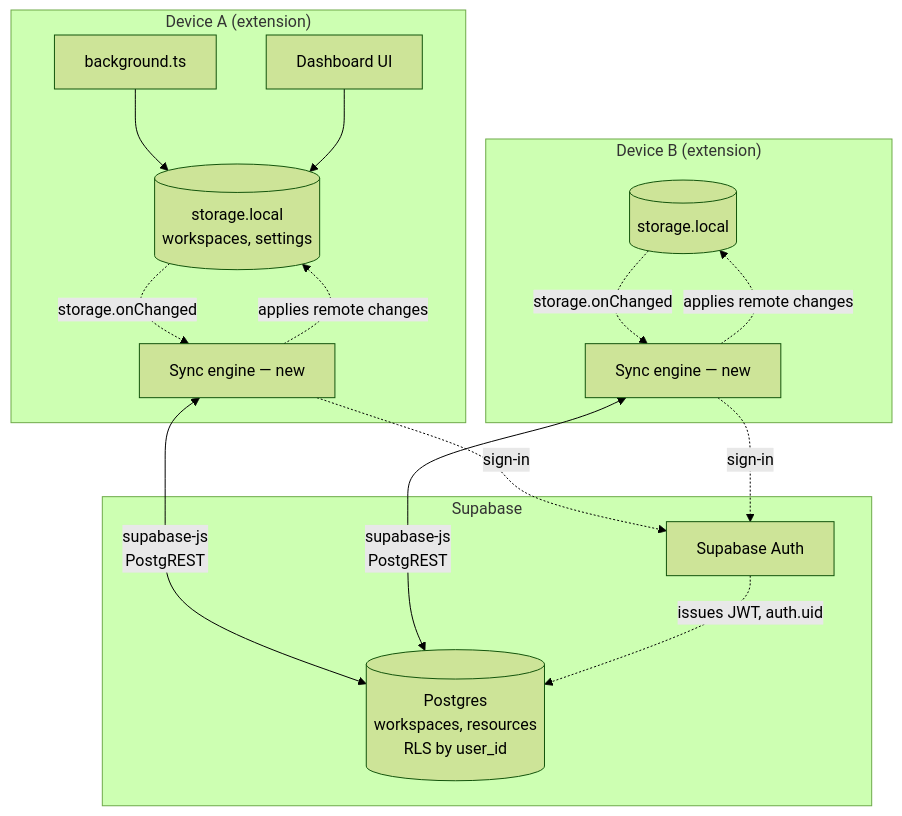
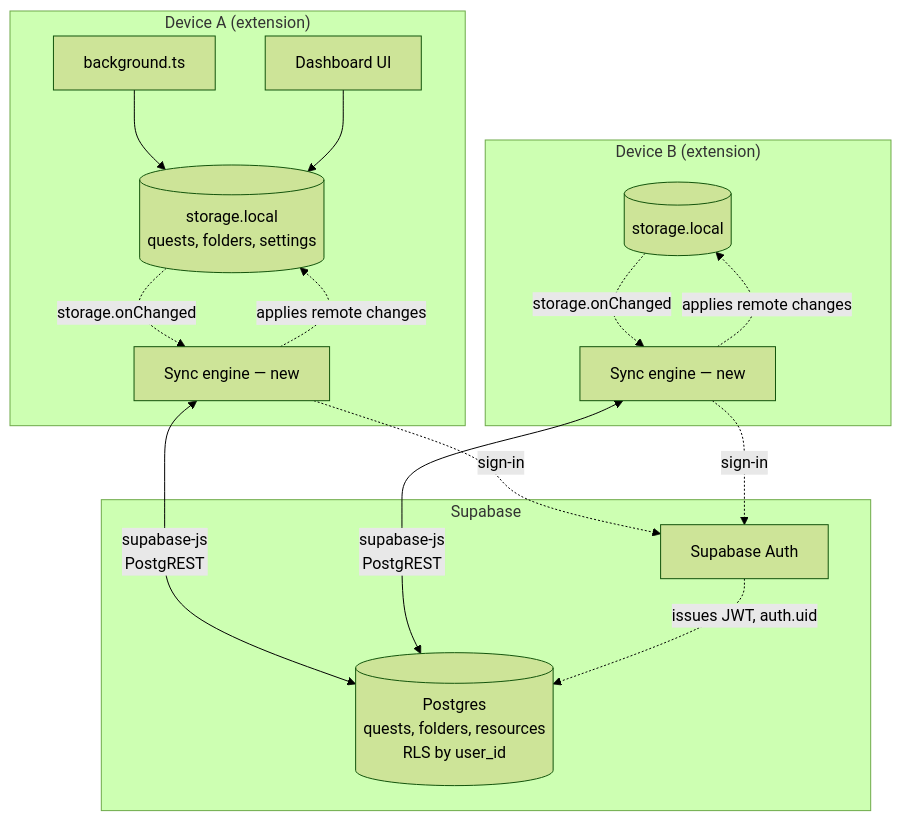
The first of 8 diagrams in docs/architecture-sync.md (enyhma/cntxt), drawn with Mermaid (forest theme) before and after one commit. The commit also changed other lines of this file and 9 other files, not shown here.

````diff
--- a/docs/architecture-sync.md
+++ b/docs/architecture-sync.md
@@ -62,31 +64,31 @@
 ```mermaid
 flowchart TB
     subgraph DeviceA["Device A (extension)"]
         BGA[background.ts]
         DashA[Dashboard UI]
-        LocalA[(storage.local<br/>workspaces, settings)]
+        LocalA[(storage.local<br/>quests, folders, settings)]
         SyncA[Sync engine — new]
         BGA --> LocalA
         DashA --> LocalA
         LocalA -.->|storage.onChanged| SyncA
         SyncA -.->|applies remote changes| LocalA
     end
 
     subgraph DeviceB["Device B (extension)"]
         LocalB[(storage.local)]
         SyncB[Sync engine — new]
         LocalB -.->|storage.onChanged| SyncB
         SyncB -.->|applies remote changes| LocalB
     end
 
     subgraph Supabase
         Auth[Supabase Auth]
-        PG[(Postgres<br/>workspaces, resources<br/>RLS by user_id)]
+        PG[(Postgres<br/>quests, folders, resources<br/>RLS by user_id)]
     end
 
     SyncA <-->|supabase-js<br/>PostgREST| PG
     SyncB <-->|supabase-js<br/>PostgREST| PG
     SyncA -.->|sign-in| Auth
     SyncB -.->|sign-in| Auth
     Auth -.->|issues JWT, auth.uid| PG
 ```
````
